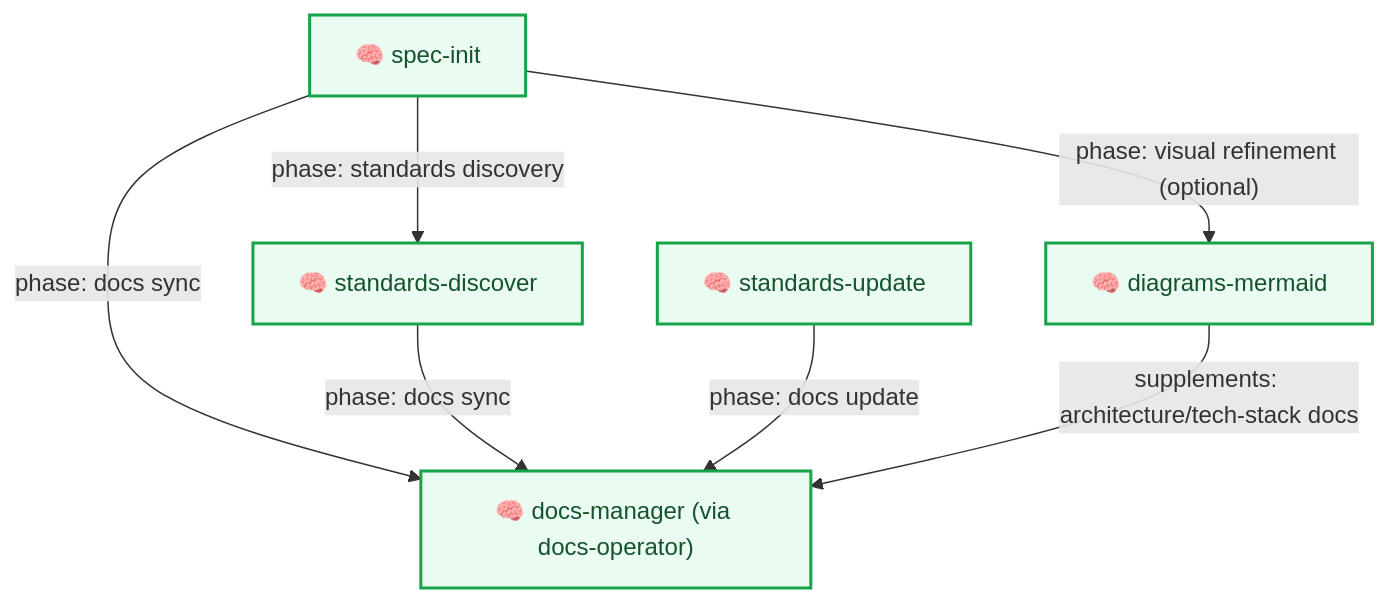
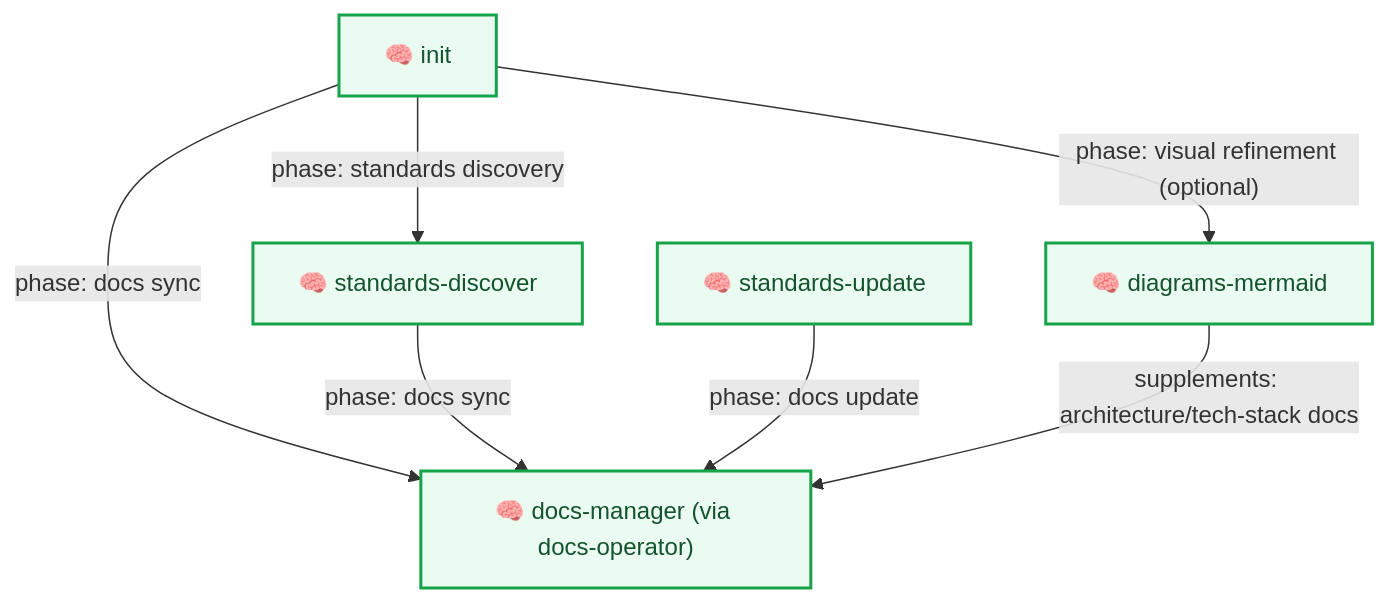
One commit to plucins/flowbit changed the third of 9 diagrams in docs/flow/overview.md. Above: the diagram before and after it, drawn with Mermaid. The commit also changed other lines of this file and 22 other files, not shown here.

````diff
--- a/docs/flow/overview.md
+++ b/docs/flow/overview.md
@@ -101,12 +101,12 @@
 ```mermaid
 graph TD
-  S_INIT["🧠 spec-init"] -- "phase: standards discovery" --> S_STD_DISC["🧠 standards-discover"]
+  S_INIT["🧠 init"] -- "phase: standards discovery" --> S_STD_DISC["🧠 standards-discover"]
   S_INIT -- "phase: docs sync" --> S_DOCS["🧠 docs-manager (via docs-operator)"]
   S_INIT -- "phase: visual refinement (optional)" --> S_DIAG["🧠 diagrams-mermaid"]
   S_STD_DISC -- "phase: docs sync" --> S_DOCS
   S_STD_UPD["🧠 standards-update"] -- "phase: docs update" --> S_DOCS
   S_DIAG -- "supplements: architecture/tech-stack docs" --> S_DOCS
 
   classDef skill fill:#EAFBF1,stroke:#16A34A,stroke-width:2px,color:#14532D;
   class S_INIT,S_STD_DISC,S_DOCS,S_STD_UPD,S_DIAG skill;
 ```
````
